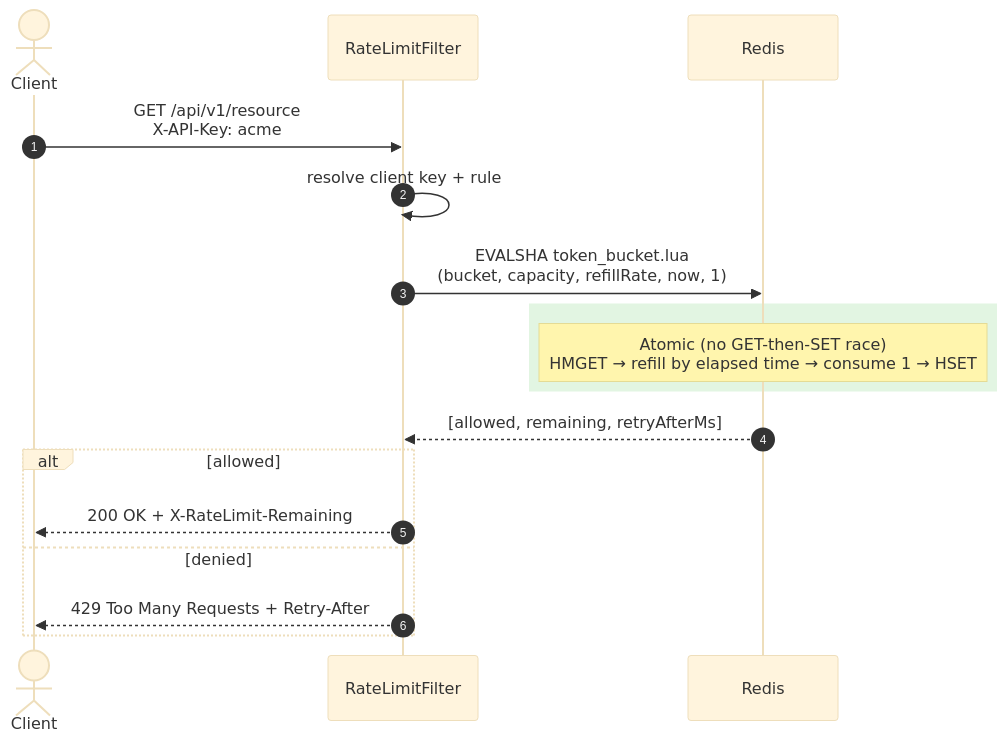
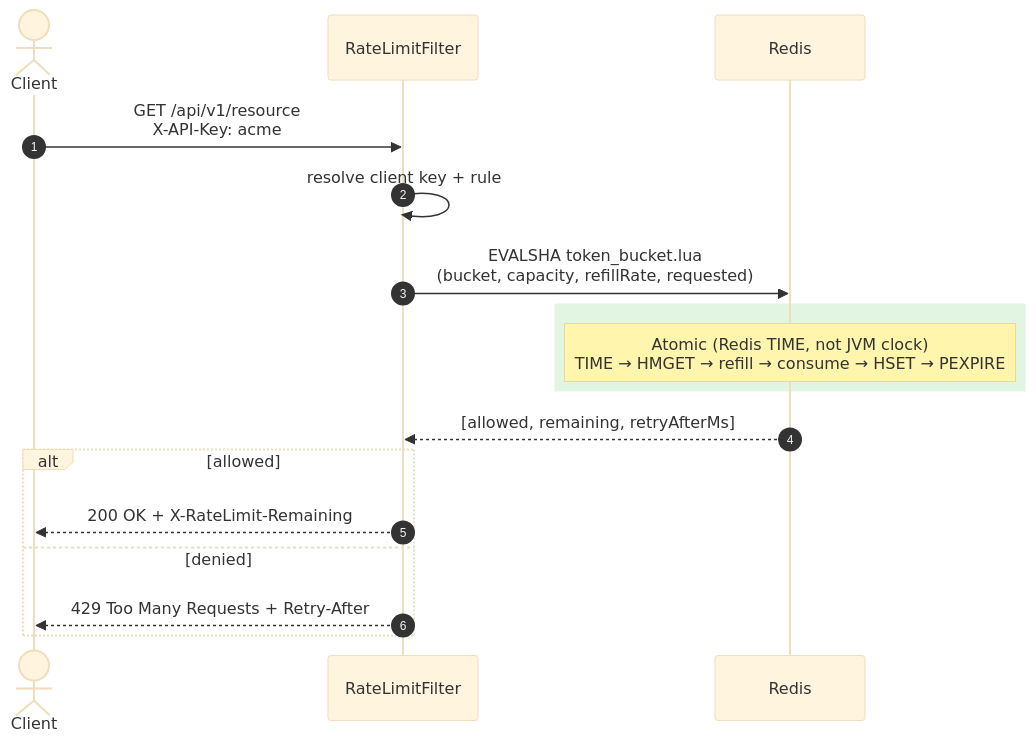
The second of 3 diagrams in README.md (Lubhawani-Singh-Chouhan/Distributed-Rate-Limiter), drawn with Mermaid (base theme) before and after one commit. The commit also changed other lines of this file and 2 other files, not shown here.

Commit message:
Document Redis TIME, fail-open trade-offs, limitations, and kind.

````diff
--- a/README.md
+++ b/README.md
@@ -60,20 +60,20 @@
 ```mermaid
 sequenceDiagram
     autonumber
     actor Client
     participant Filter as RateLimitFilter
     participant Redis
 
     Client->>Filter: GET /api/v1/resource<br/>X-API-Key: acme
     Filter->>Filter: resolve client key + rule
-    Filter->>Redis: EVALSHA token_bucket.lua<br/>(bucket, capacity, refillRate, now, 1)
+    Filter->>Redis: EVALSHA token_bucket.lua<br/>(bucket, capacity, refillRate, requested)
     rect rgb(226, 245, 226)
-        Note over Redis: Atomic (no GET-then-SET race)<br/>HMGET → refill by elapsed time → consume 1 → HSET
+        Note over Redis: Atomic (Redis TIME, not JVM clock)<br/>TIME → HMGET → refill → consume → HSET → PEXPIRE
     end
     Redis-->>Filter: [allowed, remaining, retryAfterMs]
     alt allowed
         Filter-->>Client: 200 OK + X-RateLimit-Remaining
     else denied
         Filter-->>Client: 429 Too Many Requests + Retry-After
     end
 ```
````
